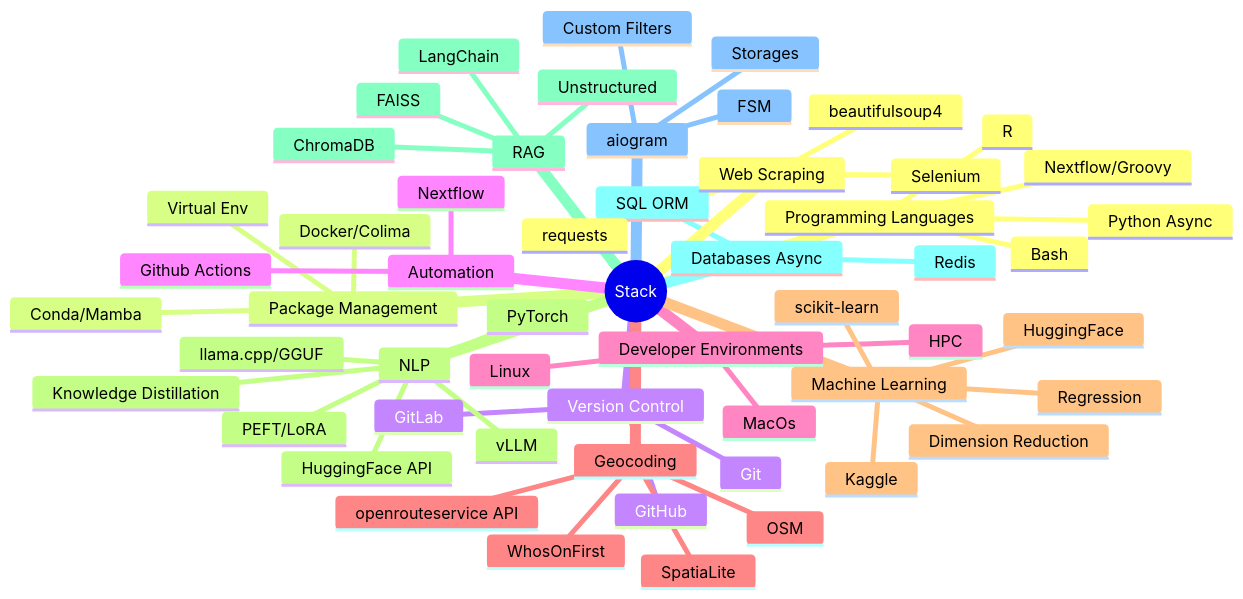
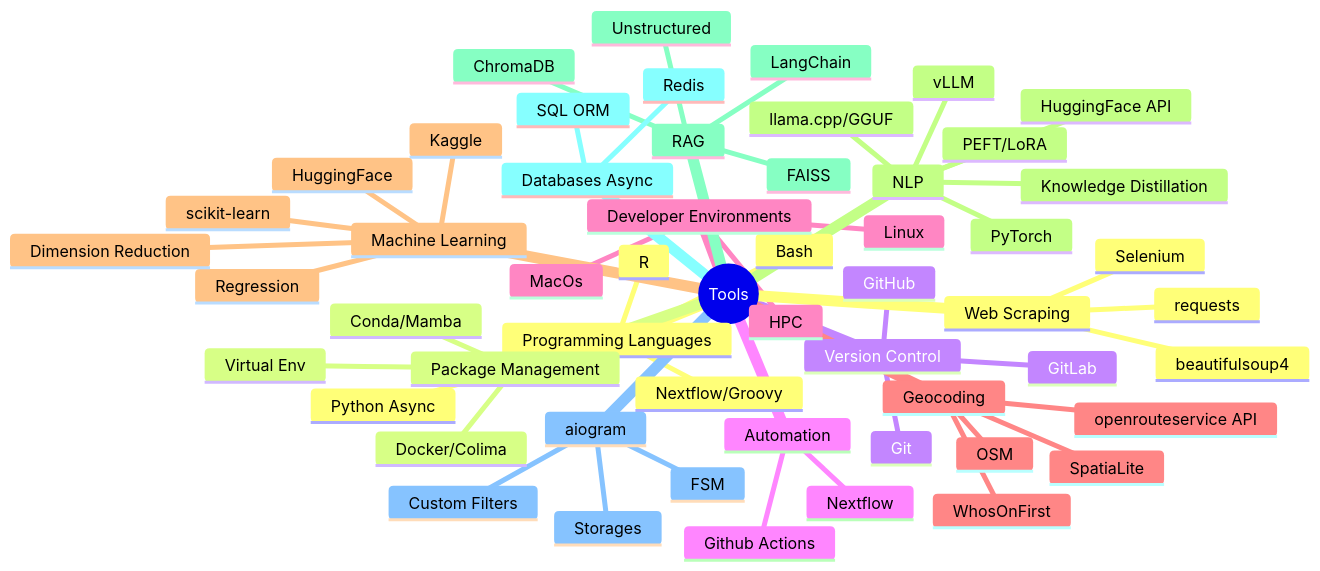
Before and after one commit to gorbruno/gorbruno: the diagram in README.md, drawn with Mermaid.

````diff
--- a/README.md
+++ b/README.md
@@ -12,58 +12,58 @@
 ```mermaid
 mindmap
-  root((Stack))
+  root((Tools))
     Programming Languages
       Bash
       Nextflow/Groovy
       R
       Python Async
     Package Management
       Conda/Mamba
       Docker/Colima
       Virtual Env
     Version Control
       Git
       GitHub
       GitLab
     Automation
       Github Actions
       Nextflow
     Developer Environments
       MacOs
       Linux
       HPC
     Geocoding
       SpatiaLite
       OSM
       openrouteservice API
       WhosOnFirst
     Machine Learning
       Regression
       Dimension Reduction
       Kaggle
       HuggingFace
       scikit-learn
     NLP
       PyTorch
       vLLM
       llama.cpp/GGUF
       HuggingFace API
       Knowledge Distillation
       PEFT/LoRA
     RAG
       LangChain
       Unstructured
       ChromaDB
       FAISS
     Databases Async
       SQL ORM
       Redis
     aiogram
       Storages
       Custom Filters
       FSM
     Web Scraping
       requests
       beautifulsoup4
       Selenium 
 ```
````
